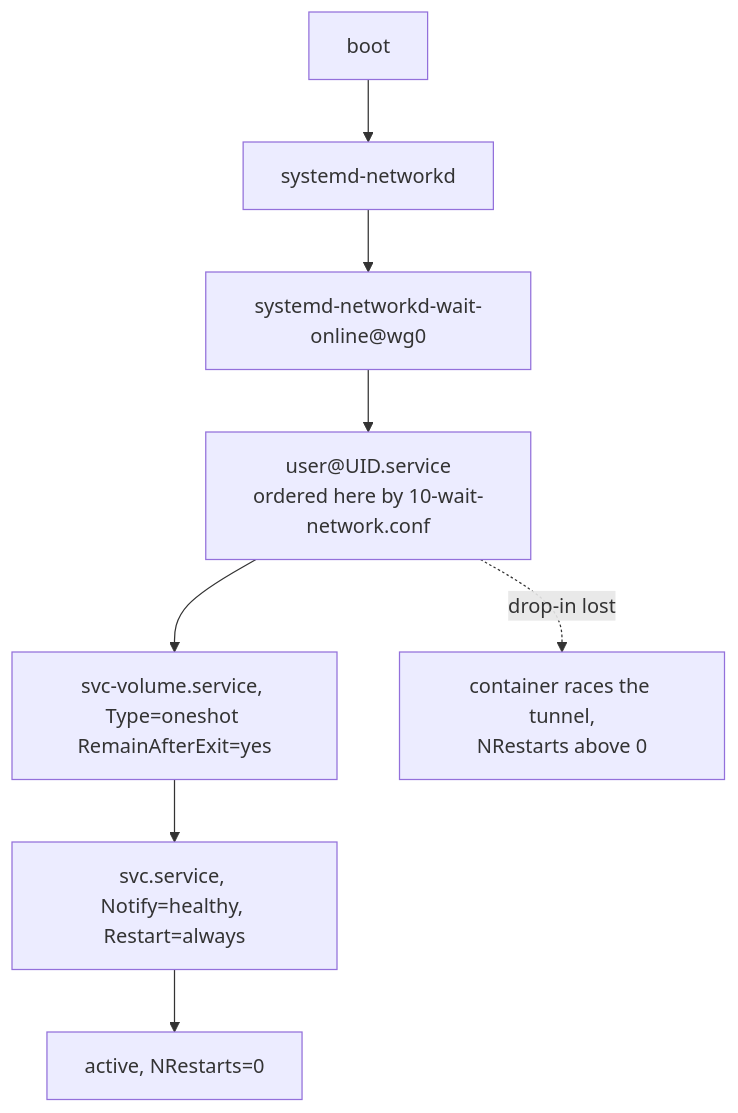
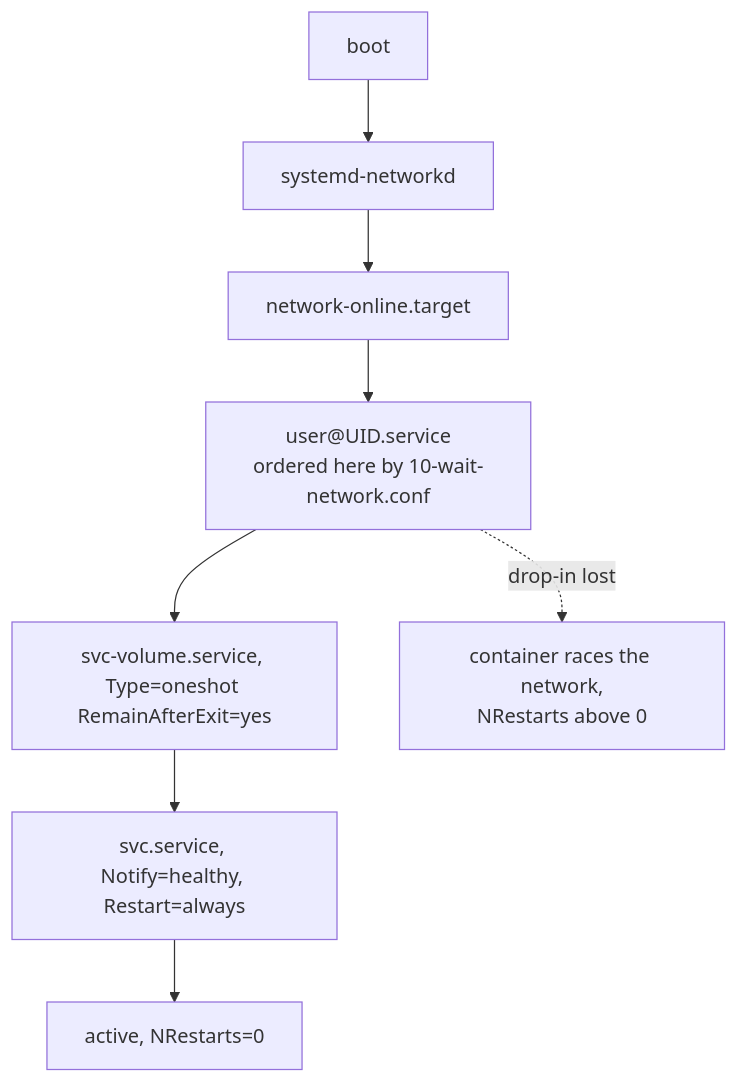
One commit to aryonoco/deerlab changed the third of 4 diagrams in docs/runbook.md. Above: the diagram before and after it, drawn with Mermaid. The commit also changed other lines of this file and 1 other file, not shown here.

````diff
--- a/docs/runbook.md
+++ b/docs/runbook.md
@@ -291,10 +288,10 @@
 ```mermaid
 flowchart TD
   boot["boot"] --> nd["systemd-networkd"]
-  nd --> wo["systemd-networkd-wait-online@wg0"]
+  nd --> wo["network-online.target"]
   wo --> um["user@UID.service<br/>ordered here by 10-wait-network.conf"]
   um --> vol["svc-volume.service, Type=oneshot RemainAfterExit=yes"]
   vol --> ctr["svc.service, Notify=healthy, Restart=always"]
   ctr --> ok["active, NRestarts=0"]
-  um -.->|"drop-in lost"| race["container races the tunnel,<br/>NRestarts above 0"]
+  um -.->|"drop-in lost"| race["container races the network,<br/>NRestarts above 0"]
 ```
````
